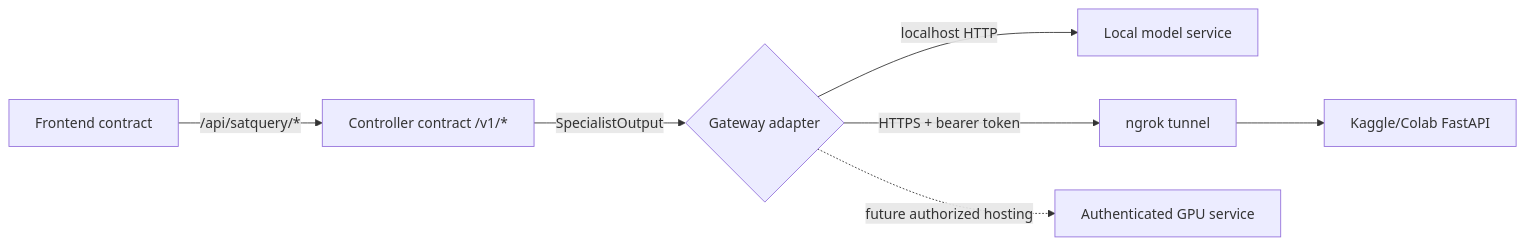
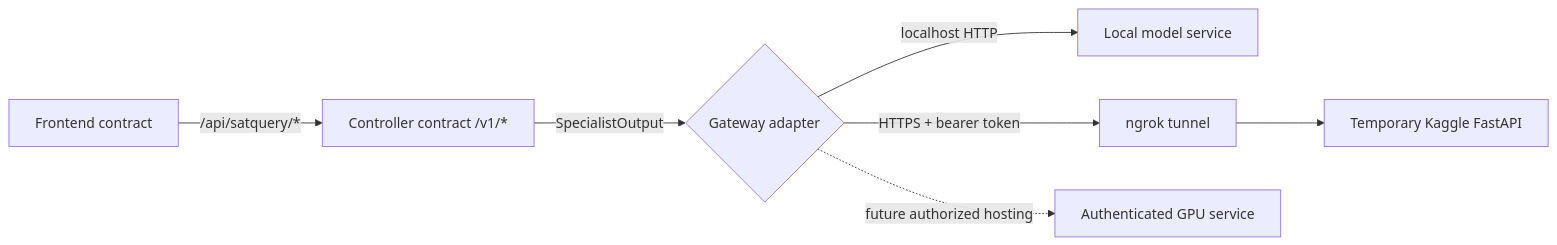
The third of 4 diagrams in docs/ARCHITECTURE.md (aanandmodi/StatqueryAI), drawn with Mermaid before and after one commit. The commit also changed other lines of this file and 80 other files, not shown here.

````diff
--- a/docs/ARCHITECTURE.md
+++ b/docs/ARCHITECTURE.md
@@ -64,9 +91,9 @@
 ```mermaid
 flowchart LR
     A[Frontend contract] -->|/api/satquery/*| B[Controller contract /v1/*]
     B -->|SpecialistOutput| G{Gateway adapter}
     G -->|localhost HTTP| L[Local model service]
     G -->|HTTPS + bearer token| N[ngrok tunnel]
-    N --> K[Kaggle/Colab FastAPI]
+    N --> K[Temporary Kaggle FastAPI]
     G -. future authorized hosting .-> H[Authenticated GPU service]
 ```
````
